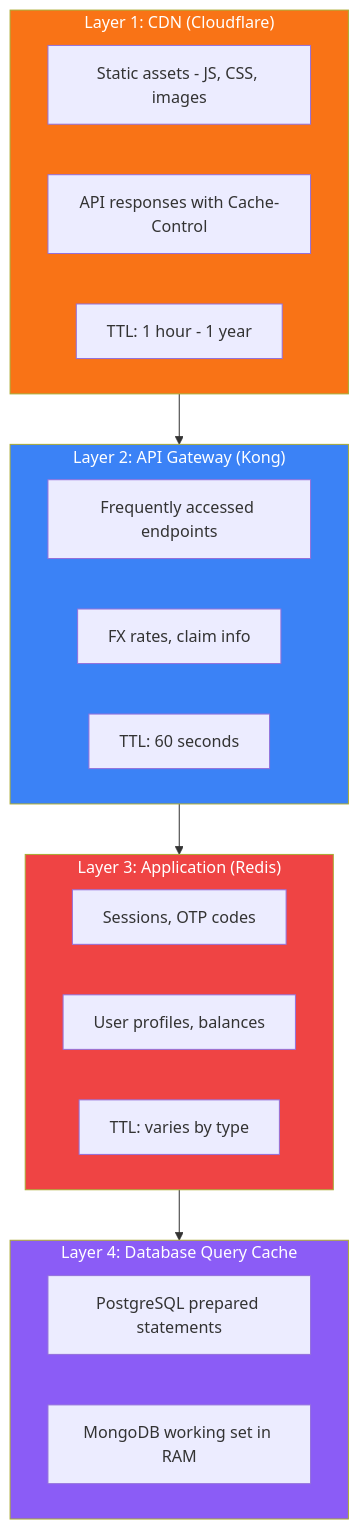
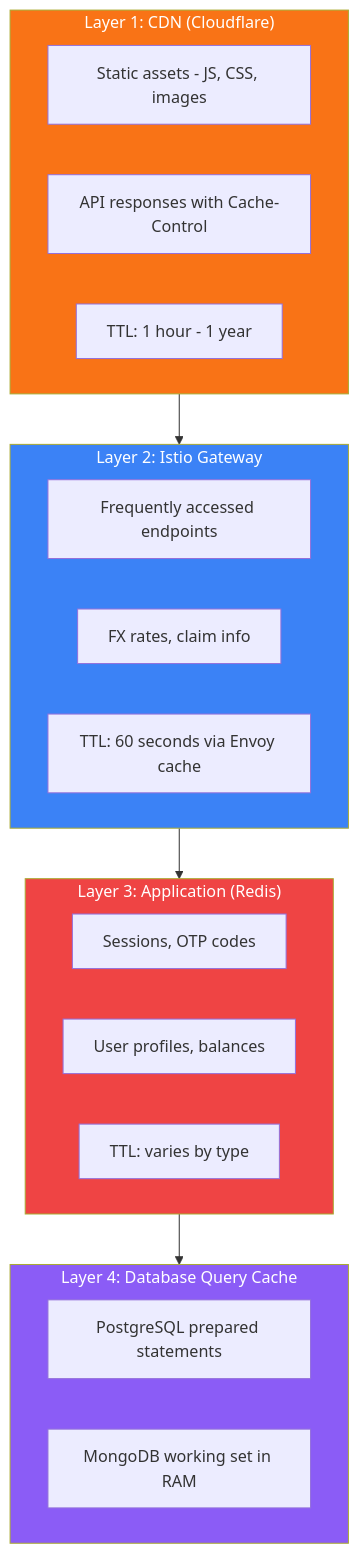
Before and after one commit to ping-cash/ping-cash: diagram 13 of 18 in docs/NFR.md, drawn with Mermaid. The commit also changed other lines of this file and 4 other files, not shown here.

First line of the commit message:
docs: add business model, cash flow docs and update to Istio

````diff
--- a/docs/NFR.md
+++ b/docs/NFR.md
@@ -751,32 +814,32 @@
 ```mermaid
 flowchart TB
     subgraph L1["Layer 1: CDN (Cloudflare)"]
         CDN1[Static assets - JS, CSS, images]
         CDN2[API responses with Cache-Control]
         CDN3[TTL: 1 hour - 1 year]
     end
 
-    subgraph L2["Layer 2: API Gateway (Kong)"]
+    subgraph L2["Layer 2: Istio Gateway"]
         GW1[Frequently accessed endpoints]
         GW2[FX rates, claim info]
-        GW3[TTL: 60 seconds]
+        GW3[TTL: 60 seconds via Envoy cache]
     end
 
     subgraph L3["Layer 3: Application (Redis)"]
         APP1[Sessions, OTP codes]
         APP2[User profiles, balances]
         APP3[TTL: varies by type]
     end
 
     subgraph L4["Layer 4: Database Query Cache"]
         DB1[PostgreSQL prepared statements]
         DB2[MongoDB working set in RAM]
     end
 
     L1 --> L2 --> L3 --> L4
 
     style L1 fill:#f97316,color:#fff
     style L2 fill:#3b82f6,color:#fff
     style L3 fill:#ef4444,color:#fff
     style L4 fill:#8b5cf6,color:#fff
 ```
````
